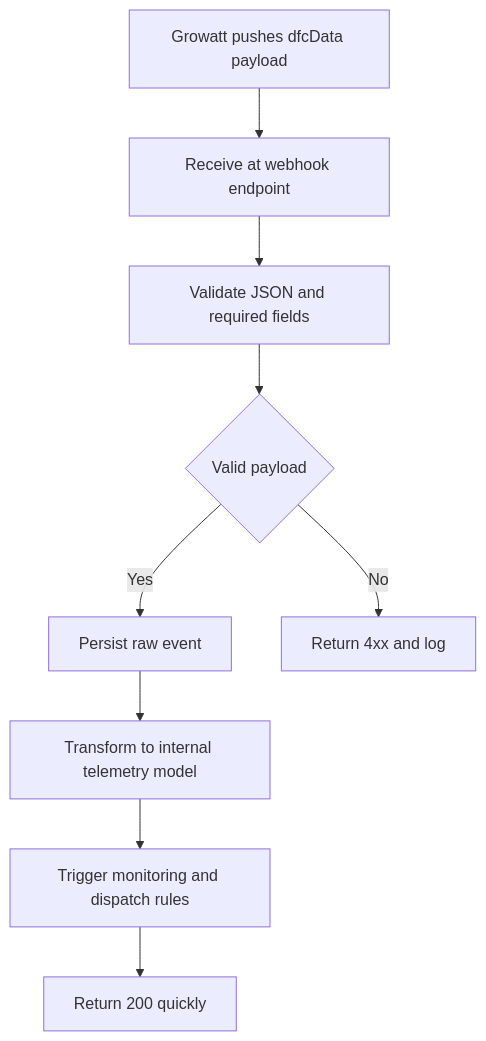
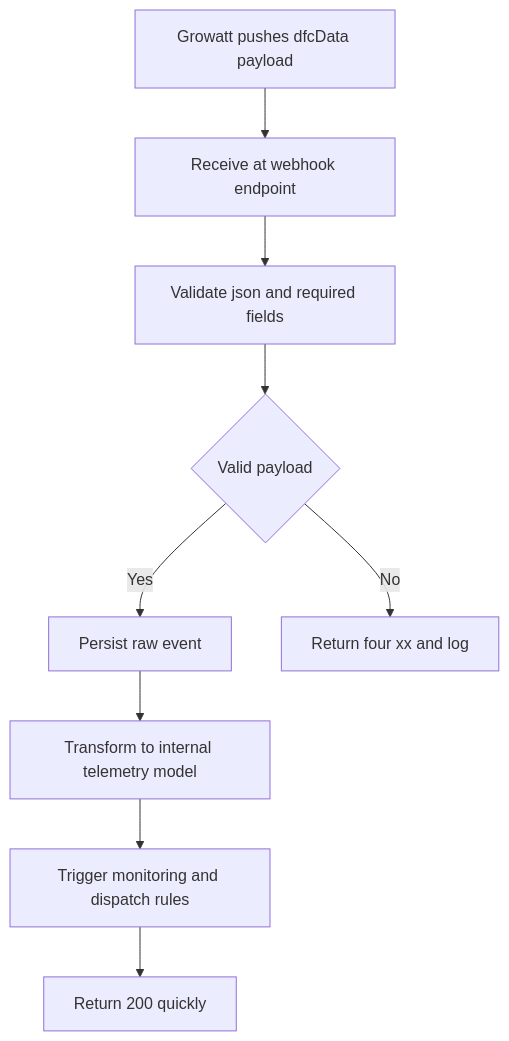
Before and after one commit to EugeneJian/growatt-unified-api: the diagram in Growatt API/OPENAPI/09_api_device_push.md, drawn with Mermaid. The commit also changed 12 other files, not shown here.

First line of the commit message:
[docs]已按你给的 Mermaid代码的终极准则 4.1 对仓库内 全部 Mermaid 做了加固。

````diff
--- a/Growatt API/OPENAPI/09_api_device_push.md
+++ b/Growatt API/OPENAPI/09_api_device_push.md
@@ -9,11 +9,12 @@
 ```mermaid
+%% 本代码严格遵循AI生成Mermaid代码的终极准则v4.1（Mermaid终极大师）
 flowchart TD
-    A[Growatt pushes dfcData payload] --> B[Receive at webhook endpoint]
-    B --> C[Validate JSON and required fields]
-    C --> D{Valid payload}
-    D -->|Yes| E[Persist raw event]
-    D -->|No| F[Return 4xx and log]
-    E --> G[Transform to internal telemetry model]
-    G --> H[Trigger monitoring and dispatch rules]
-    H --> I[Return 200 quickly]
+    A["Growatt pushes dfcData payload"] --> B["Receive at webhook endpoint"]
+    B --> C["Validate json and required fields"]
+    C --> D{"Valid payload"}
+    D -->|"Yes"| E["Persist raw event"]
+    D -->|"No"| F["Return four xx and log"]
+    E --> G["Transform to internal telemetry model"]
+    G --> H["Trigger monitoring and dispatch rules"]
+    H --> I["Return 200 quickly"]
 ```
````
